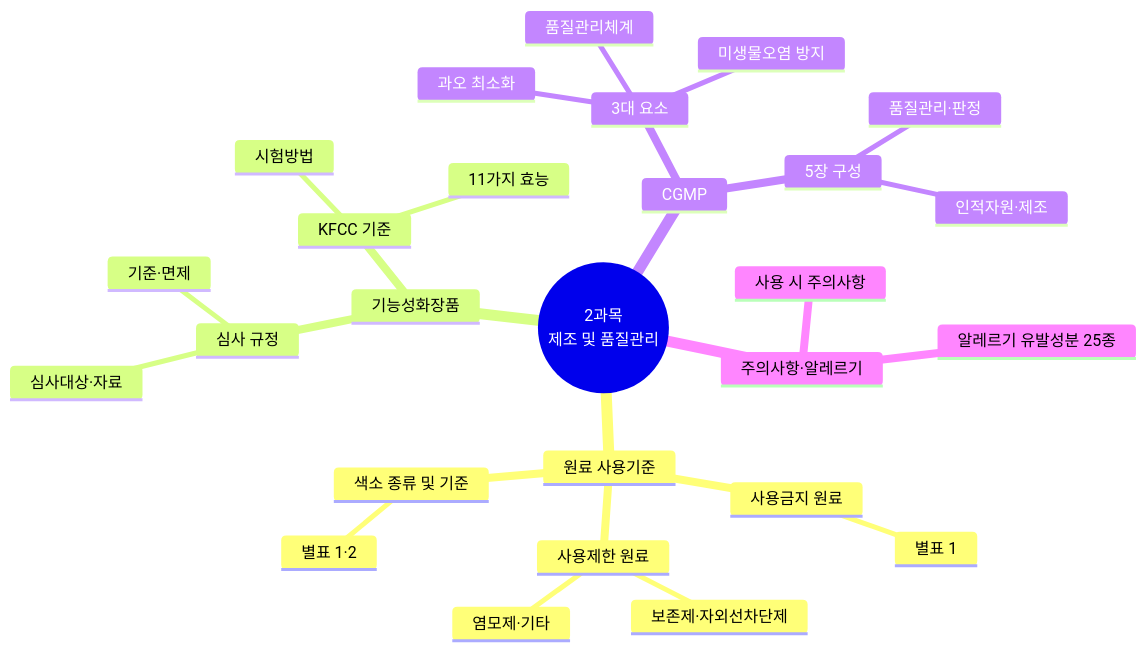
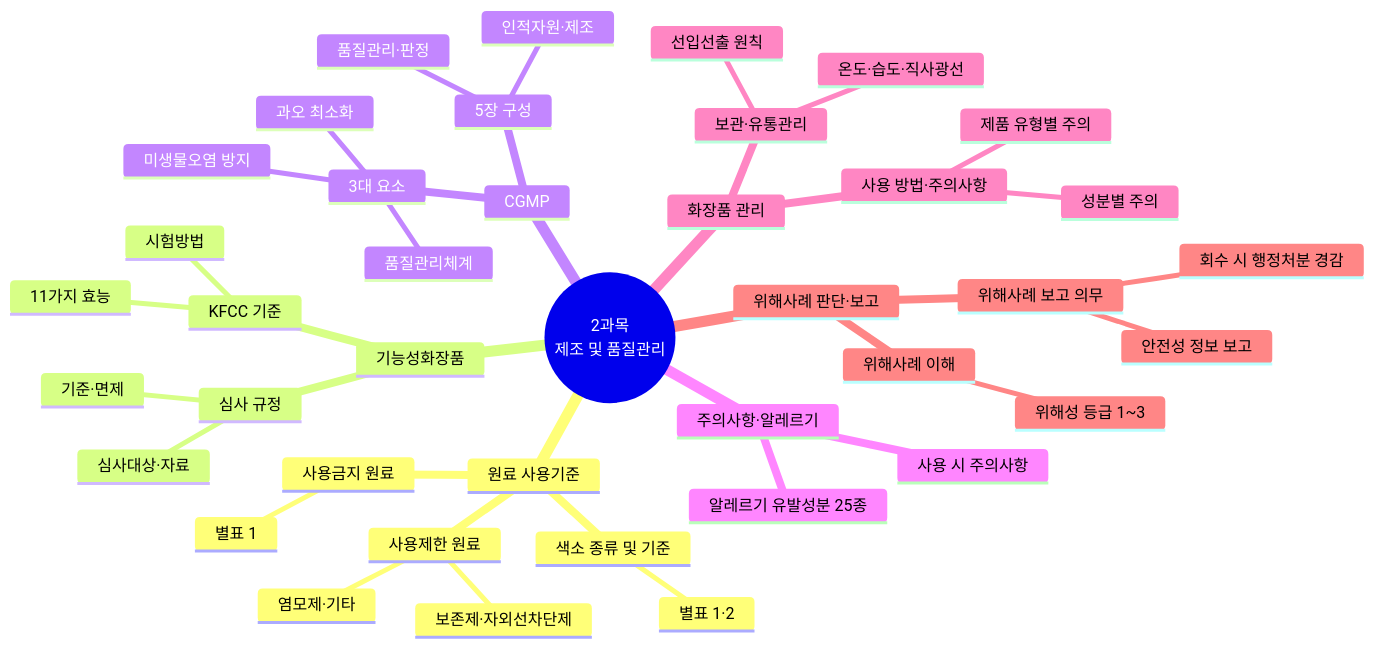
Before and after one commit to skygoldlee-cyber/Personalized_Skincare: the first of 22 diagrams in content/교재/manufacturing/2과목_제조및품질관리_표준형.md, drawn with Mermaid. The commit also changed other lines of this file and 14 other files, not shown here.

````diff
--- a/content/교재/manufacturing/2과목_제조및품질관리_표준형.md
+++ b/content/교재/manufacturing/2과목_제조및품질관리_표준형.md
@@ -150,30 +150,43 @@
 ```mermaid
 mindmap
  root((2과목<br/>제조 및 품질관리))
   원료 사용기준
    사용금지 원료
     별표 1
    사용제한 원료
     보존제·자외선차단제
     염모제·기타
    색소 종류 및 기준
     별표 1·2
   기능성화장품
    심사 규정
     심사대상·자료
     기준·면제
    KFCC 기준
     11가지 효능
     시험방법
   CGMP
    3대 요소
     과오 최소화
     미생물오염 방지
     품질관리체계
    5장 구성
     인적자원·제조
     품질관리·판정
   주의사항·알레르기
    알레르기 유발성분 25종
    사용 시 주의사항
+  화장품 관리
+   보관·유통관리
+    온도·습도·직사광선
+    선입선출 원칙
+   사용 방법·주의사항
+    제품 유형별 주의
+    성분별 주의
+  위해사례 판단·보고
+   위해사례 이해
+    위해성 등급 1~3
+   위해사례 보고 의무
+    안전성 정보 보고
+    회수 시 행정처분 경감
 ```
````
